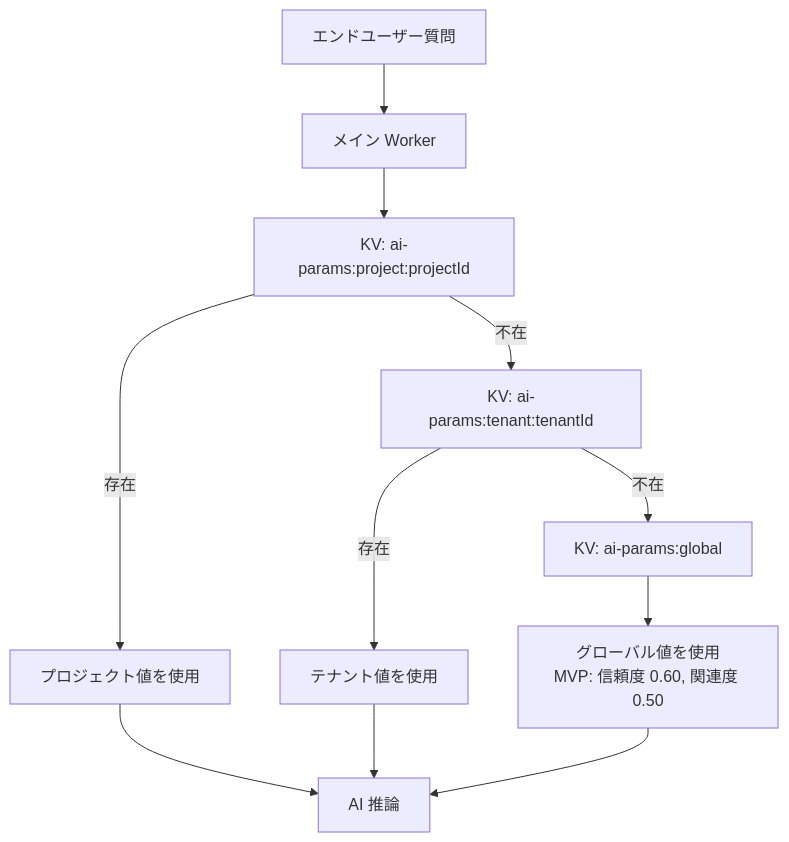
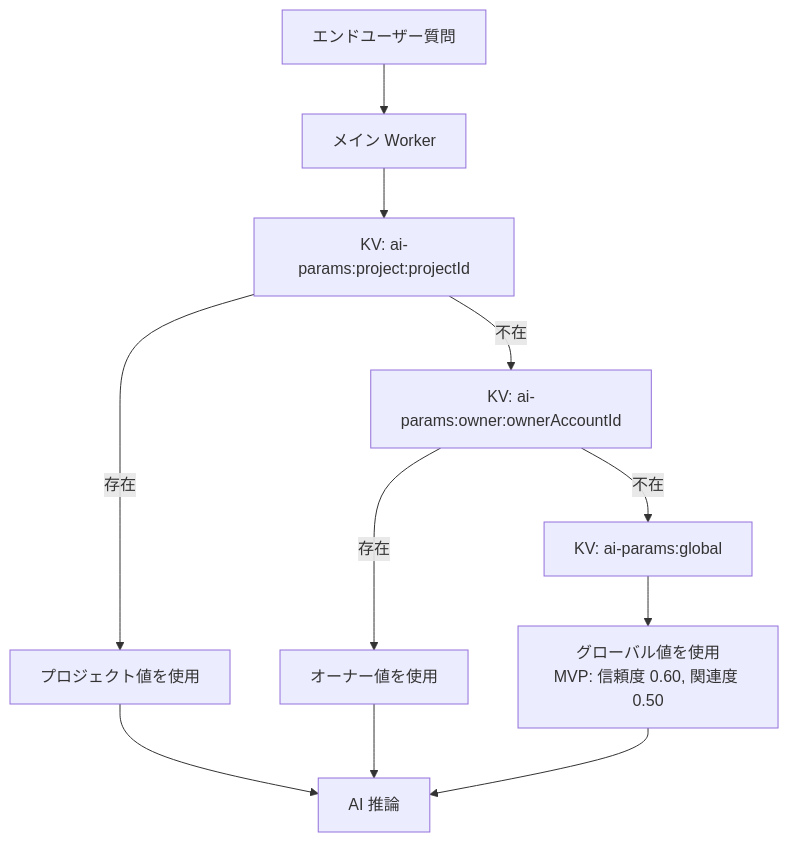
Before and after one commit to sikakou54/open-faq: diagram 21 of 25 in 02_admin/02_basic_design.md, drawn with Mermaid. The commit also changed other lines of this file and 22 other files, not shown here.

````diff
--- a/02_admin/02_basic_design.md
+++ b/02_admin/02_basic_design.md
@@ -1554,13 +1554,13 @@
 ```mermaid
 flowchart TD
     Request[エンドユーザー質問] --> Main[メイン Worker]
     Main --> ResolveProj[KV: ai-params:project:projectId]
     ResolveProj -->|存在| UseProj[プロジェクト値を使用]
-    ResolveProj -->|不在| ResolveTenant[KV: ai-params:tenant:tenantId]
-    ResolveTenant -->|存在| UseTenant[テナント値を使用]
+    ResolveProj -->|不在| ResolveTenant[KV: ai-params:owner:ownerAccountId]
+    ResolveTenant -->|存在| UseTenant[オーナー値を使用]
     ResolveTenant -->|不在| ResolveGlobal[KV: ai-params:global]
     ResolveGlobal --> UseGlobal[グローバル値を使用<br/>MVP: 信頼度 0.60, 関連度 0.50]
     UseProj --> AI[AI 推論]
     UseTenant --> AI
     UseGlobal --> AI
 ```
````
